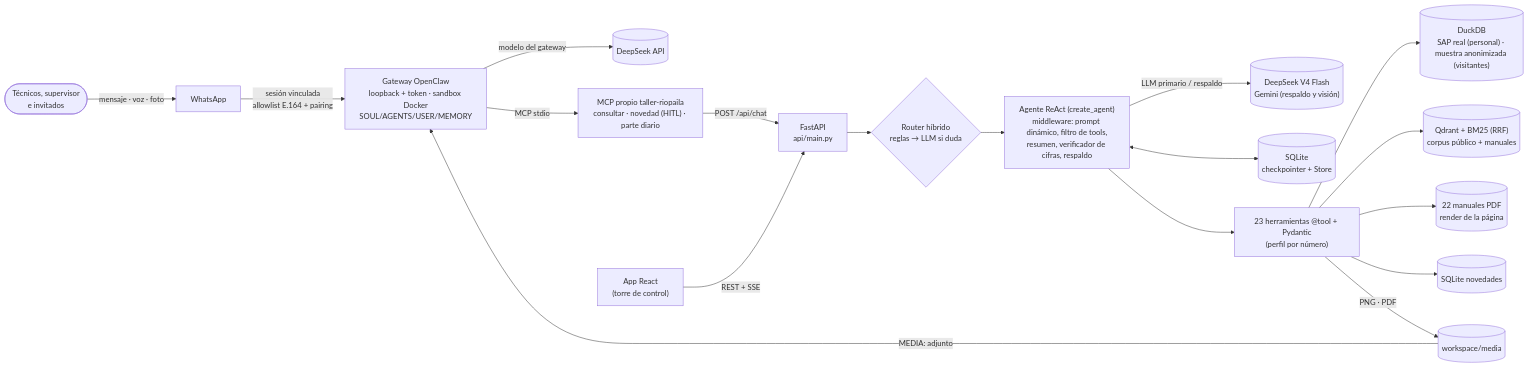
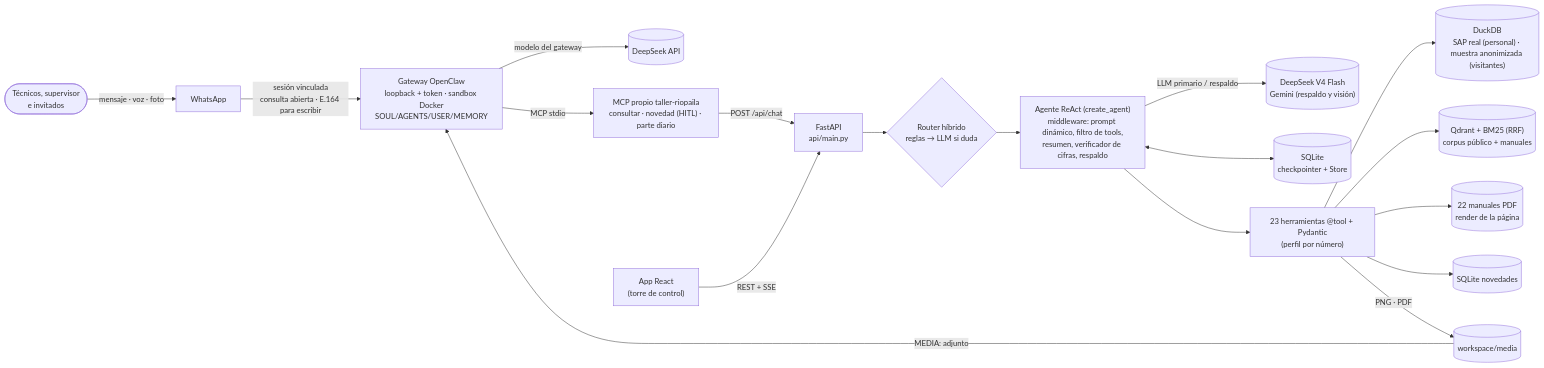
Before and after one commit to JORGE-RIVAS19/riopaila-castilla-qa: the first of 4 diagrams in README.md, drawn with Mermaid. The commit also changed other lines of this file and 8 other files, not shown here.

````diff
--- a/README.md
+++ b/README.md
@@ -61,20 +61,20 @@
 ```mermaid
 flowchart LR
   U([Técnicos, supervisor<br/>e invitados]) -- "mensaje · voz · foto" --> WA[WhatsApp]
-  WA -- "sesión vinculada<br/>allowlist E.164 + pairing" --> OC["Gateway OpenClaw<br/>loopback + token · sandbox Docker<br/>SOUL/AGENTS/USER/MEMORY"]
+  WA -- "sesión vinculada<br/>consulta abierta · E.164 para escribir" --> OC["Gateway OpenClaw<br/>loopback + token · sandbox Docker<br/>SOUL/AGENTS/USER/MEMORY"]
   OC -- "modelo del gateway" --> DS1[("DeepSeek API")]
   OC -- "MCP stdio" --> MCP["MCP propio taller-riopaila<br/>consultar · novedad (HITL) · parte diario"]
   MCP -- "POST /api/chat" --> API["FastAPI<br/>api/main.py"]
   WEB["App React<br/>(torre de control)"] -- "REST + SSE" --> API
   API --> R{"Router híbrido<br/>reglas → LLM si duda"}
   R --> AG["Agente ReAct (create_agent)<br/>middleware: prompt dinámico, filtro de tools,<br/>resumen, verificador de cifras, respaldo"]
   AG -- "LLM primario / respaldo" --> LLM[("DeepSeek V4 Flash<br/>Gemini (respaldo y visión)")]
   AG <--> MEM[("SQLite<br/>checkpointer + Store")]
   AG --> T["23 herramientas @tool + Pydantic<br/>(perfil por número)"]
   T --> DUCK[("DuckDB<br/>SAP real (personal) · muestra anonimizada (visitantes)")]
   T --> Q[("Qdrant + BM25 (RRF)<br/>corpus público + manuales")]
   T --> PDF[("22 manuales PDF<br/>render de la página")]
   T --> NOV[("SQLite novedades")]
   T -- "PNG · PDF" --> MED[("workspace/media")]
   MED -- "MEDIA: adjunto" --> OC
 ```
````
